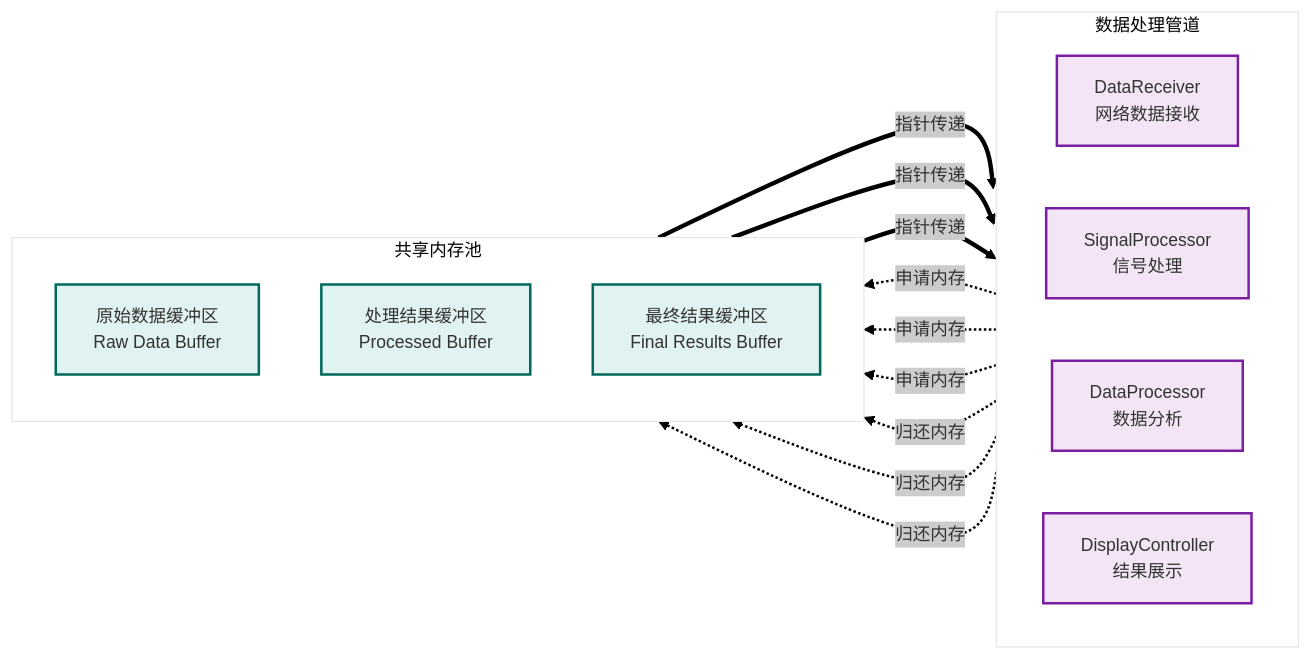
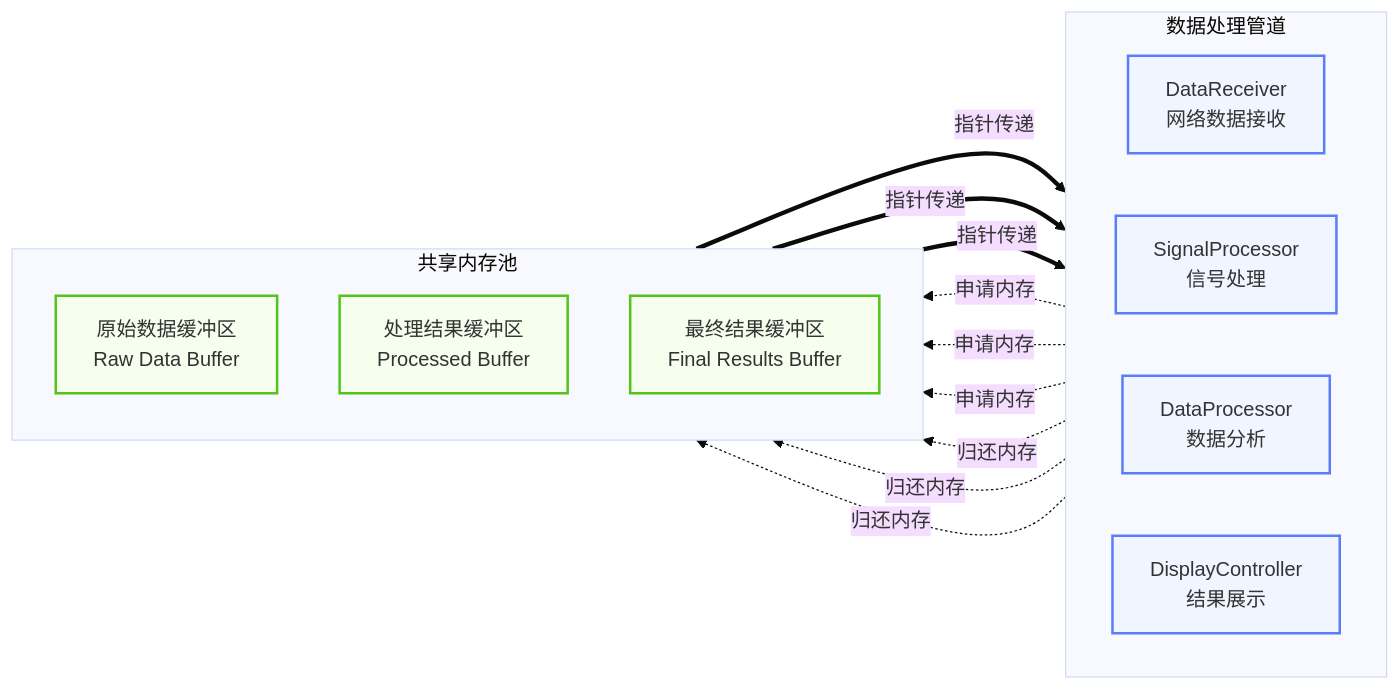
Before and after one commit to wendizhou99-cell/Radar: the fifth of 20 diagrams in docs/01_项目设计/02_模块设计/99_模块集成策略.md, drawn with Mermaid. The commit also changed other lines of this file and 26 other files, not shown here.

First line of the commit message:
docs: 完成数据架构文档系列重构和Mermaid可视化指南增强

````diff
--- a/docs/01_项目设计/02_模块设计/99_模块集成策略.md
+++ b/docs/01_项目设计/02_模块设计/99_模块集成策略.md
@@ -290,40 +407,48 @@
 ```mermaid
 ---
 config:
-  theme: neo
+  theme: base
   flowchart:
-    curve: natural
+    curve: basis
 ---
 flowchart LR
+    %% 图例说明：
+    %% 数据处理器 (淡紫): 数据处理流水线中的各个模块
+    %% 内存池 (浅绿): 共享内存缓冲区
+
     subgraph "数据处理管道"
         direction LR
         RECV[DataReceiver<br/>网络数据接收]
         PROC1[SignalProcessor<br/>信号处理]
         PROC2[DataProcessor<br/>数据分析]
         DISPLAY[DisplayController<br/>结果展示]
     end
 
     subgraph "共享内存池"
         direction TB
         POOL1[原始数据缓冲区<br/>Raw Data Buffer]
         POOL2[处理结果缓冲区<br/>Processed Buffer]
         POOL3[最终结果缓冲区<br/>Final Results Buffer]
     end
 
-    RECV -.申请内存.-> POOL1
-    POOL1 ==指针传递==> PROC1
-    PROC1 -.申请内存.-> POOL2
-    POOL2 ==指针传递==> PROC2
-    PROC2 -.申请内存.-> POOL3
-    POOL3 ==指针传递==> DISPLAY
+    %% 申请/归还内存 (虚线表示控制流)
+    RECV -.->|申请内存| POOL1
+    PROC1 -.->|申请内存| POOL2
+    PROC2 -.->|申请内存| POOL3
 
-    PROC1 -.归还内存.-> POOL1
-    PROC2 -.归还内存.-> POOL2
-    DISPLAY -.归还内存.-> POOL3
+    PROC1 -.->|归还内存| POOL1
+    PROC2 -.->|归还内存| POOL2
+    DISPLAY -.->|归还内存| POOL3
 
-    classDef processor fill:#f3e5f5,stroke:#7b1fa2,stroke-width:2px
-    classDef buffer fill:#e0f2f1,stroke:#00695c,stroke-width:2px
+    %% 指针传递 (实线表示数据流)
+    POOL1 ==>|指针传递| PROC1
+    POOL2 ==>|指针传递| PROC2
+    POOL3 ==>|指针传递| DISPLAY
+
+    %% 标准 classDef 模板
+    classDef processor fill:#f0f5ff,stroke:#597ef7,stroke-width:2px
+    classDef buffer fill:#f6ffed,stroke:#52c41a,stroke-width:2px
 
     class RECV,PROC1,PROC2,DISPLAY processor
     class POOL1,POOL2,POOL3 buffer
 ```
````
